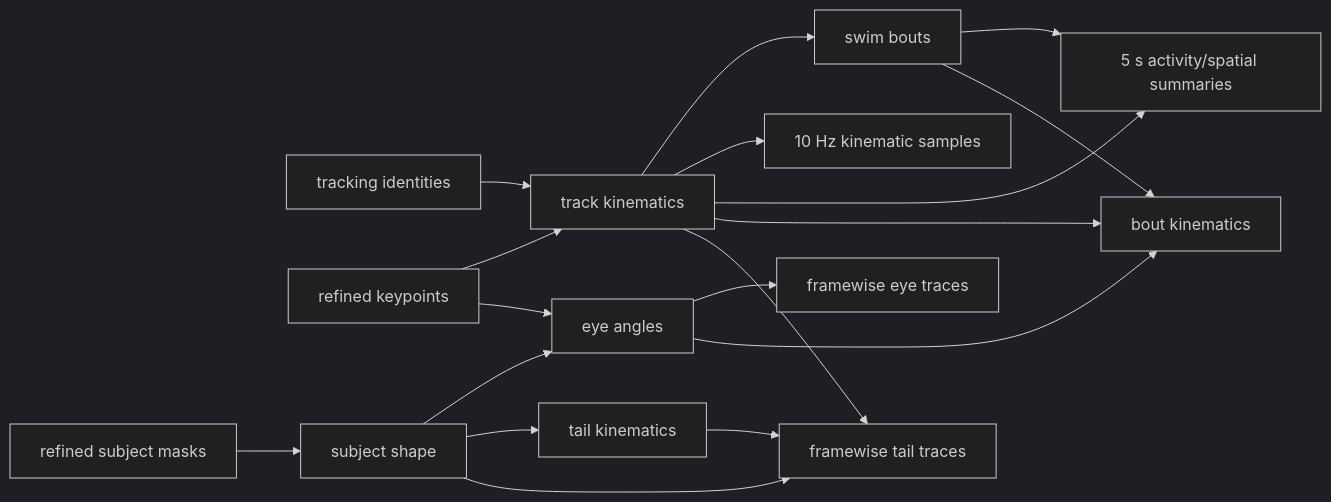
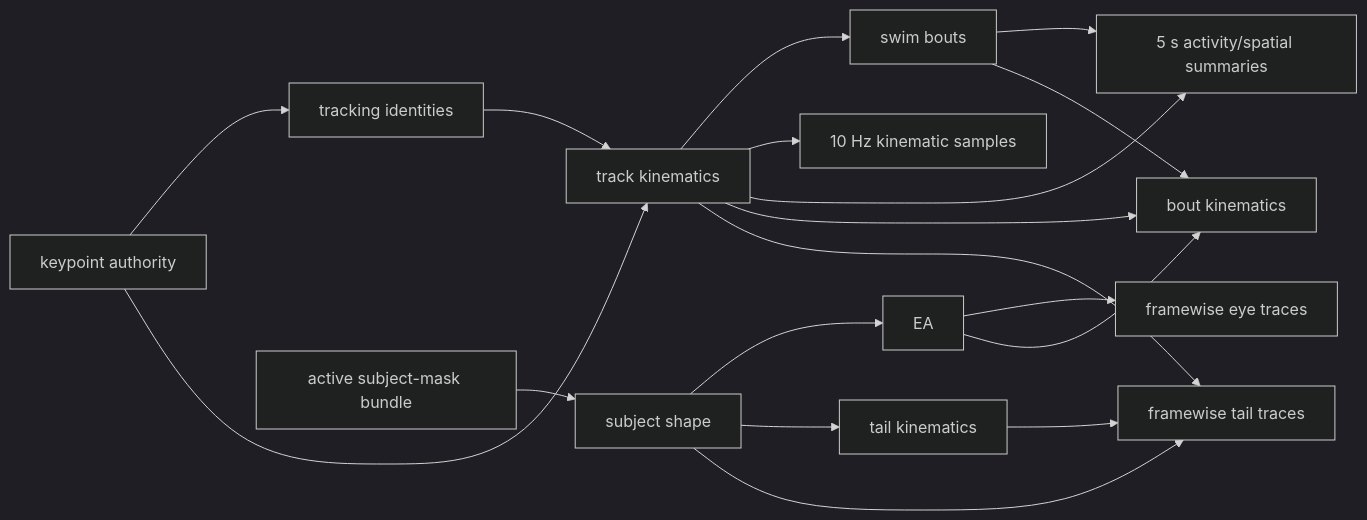
The diagram in docs/analysis_workflow_dag.md (jmdelahanty/palette), drawn with Mermaid (dark theme) before and after one commit. The commit also changed other lines of this file and 10 other files, not shown here.

````diff
--- a/docs/analysis_workflow_dag.md
+++ b/docs/analysis_workflow_dag.md
@@ -69,22 +69,22 @@
 ```mermaid
 flowchart LR
-  TR[tracking identities] --> TK[track kinematics]
-  RK[refined keypoints] --> TK[track kinematics]
+  RK[keypoint authority] --> TR[tracking identities]
+  TR --> TK[track kinematics]
+  RK --> TK
   TK --> SB[swim bouts]
   TK --> KS[10 Hz kinematic samples]
   TK --> AS[5 s activity/spatial summaries]
   SB --> AS
   SB --> BK[bout kinematics]
   TK --> BK
 
-  RK --> EA[eye angles]
-  RM[refined subject masks] --> SS[subject shape]
+  RM[active subject-mask bundle] --> SS[subject shape]
   SS --> EA
   EA --> ET[framewise eye traces]
   EA --> BK
 
   SS --> TKM[tail kinematics]
   SS --> TT[framewise tail traces]
   TKM --> TT
   TK --> TT
 ```
````
